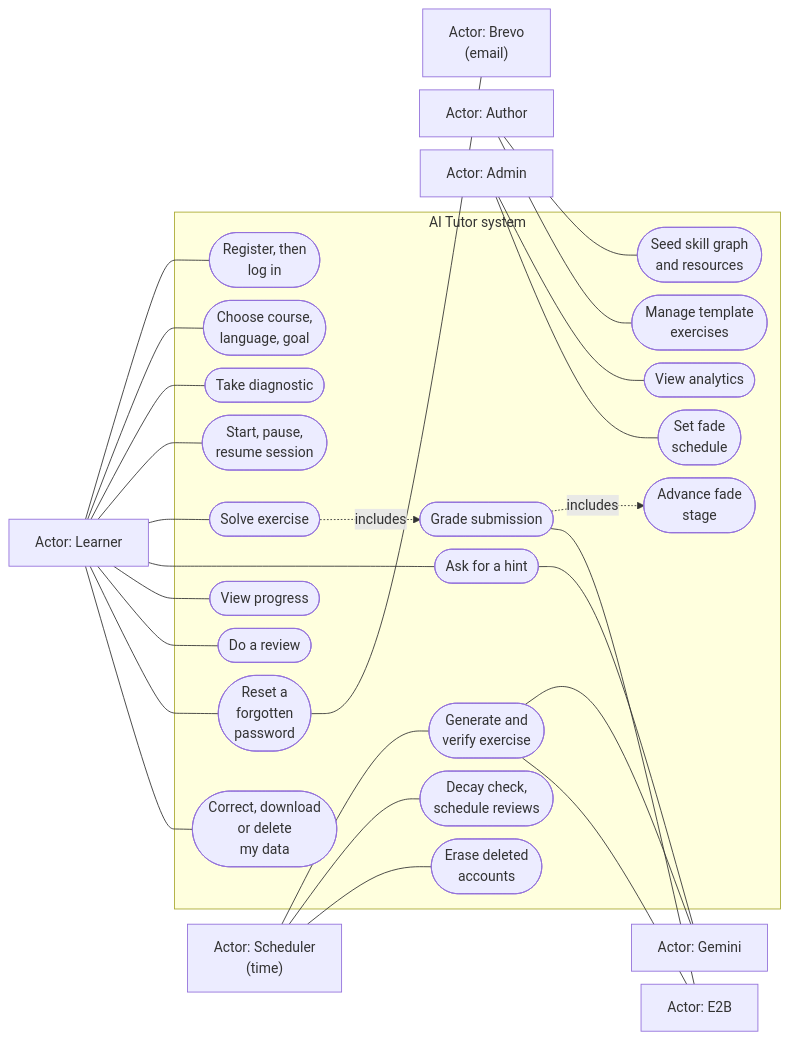
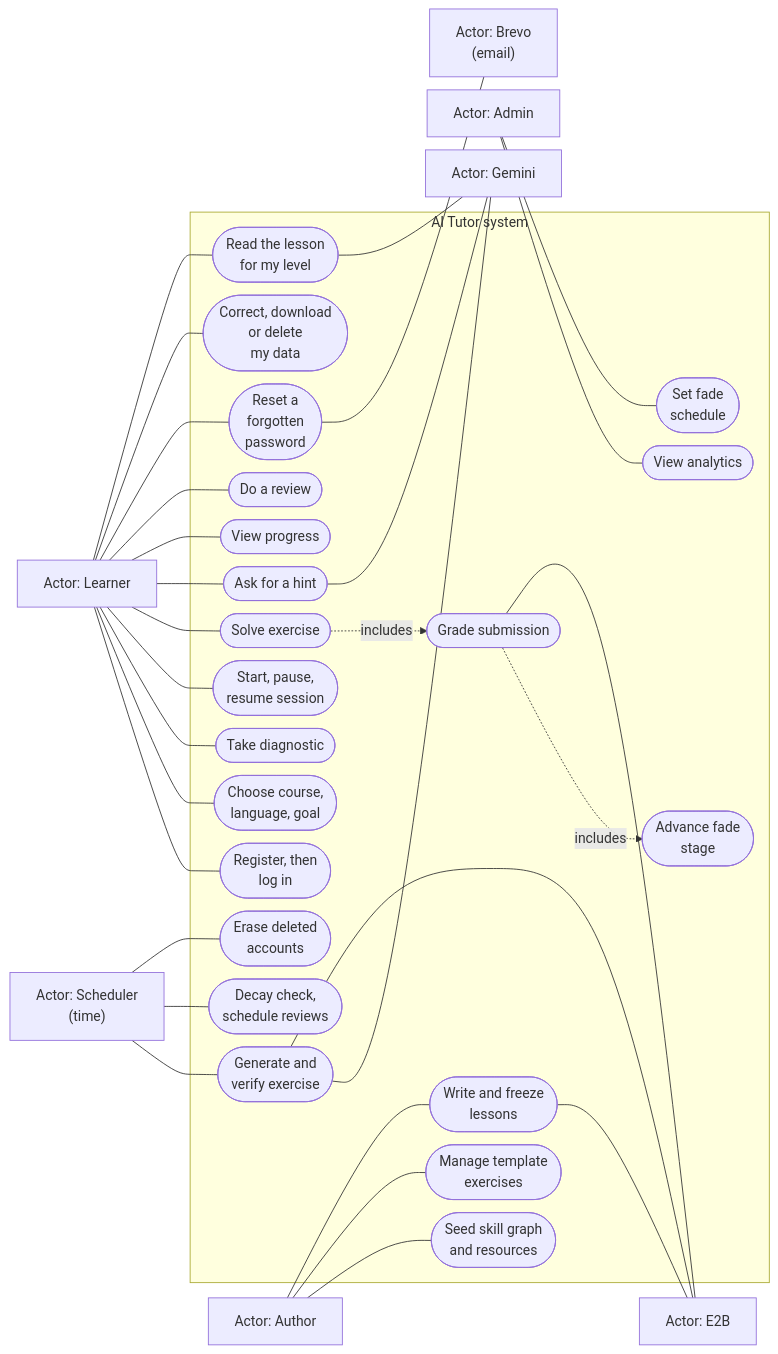
The third of 27 diagrams in DOCS/phase-3/MP3-Draft-Report.md (Nidanos/ai-tutor-platform), drawn with Mermaid before and after one commit. The commit also changed other lines of this file and 1 other file, not shown here.

Commit message:
docs: update the phase 3 report for lessons and the DSA course

````diff
--- a/DOCS/phase-3/MP3-Draft-Report.md
+++ b/DOCS/phase-3/MP3-Draft-Report.md
@@ -430,48 +450,52 @@
 ```mermaid
 ---
 config:
   flowchart:
     nodeSpacing: 15
     rankSpacing: 30
 ---
 flowchart LR
   Learner["Actor: Learner"]
   Author["Actor: Author"]
   Admin["Actor: Admin"]
   Clock["Actor: Scheduler<br/>(time)"]
   subgraph SYS["AI Tutor system"]
     U1(["Register, then<br/>log in"])
     U2(["Choose course,<br/>language, goal"])
     U3(["Take diagnostic"])
     U4(["Start, pause,<br/>resume session"])
     U5(["Solve exercise"])
     U6(["Ask for a hint"])
     U7(["View progress"])
     U8(["Do a review"])
     U9(["Seed skill graph<br/>and resources"])
     U10(["Manage template<br/>exercises"])
     U11(["View analytics"])
     U12(["Set fade<br/>schedule"])
     U13(["Generate and<br/>verify exercise"])
     U14(["Grade submission"])
     U15(["Decay check,<br/>schedule reviews"])
     U16(["Advance fade<br/>stage"])
     U17(["Reset a<br/>forgotten<br/>password"])
     U18(["Correct, download<br/>or delete<br/>my data"])
     U19(["Erase deleted<br/>accounts"])
+    U20(["Read the lesson<br/>for my level"])
+    U21(["Write and freeze<br/>lessons"])
   end
   Gemini["Actor: Gemini"]
   E2B["Actor: E2B"]
   Brevo["Actor: Brevo<br/>(email)"]
-  Learner --- U1 & U2 & U3 & U4 & U5 & U6 & U7 & U8 & U17 & U18
-  Author --- U9 & U10
+  Learner --- U1 & U2 & U3 & U4 & U5 & U6 & U7 & U8 & U17 & U18 & U20
+  Author --- U9 & U10 & U21
+  U20 --- Gemini
+  U21 --- E2B
   Admin --- U11 & U12
   Clock --- U13 & U15 & U19
   U5 -. includes .-> U14
   U14 -. includes .-> U16
   U14 --- E2B
   U13 --- Gemini
   U13 --- E2B
   U6 --- Gemini
   U17 --- Brevo
 ```
````
